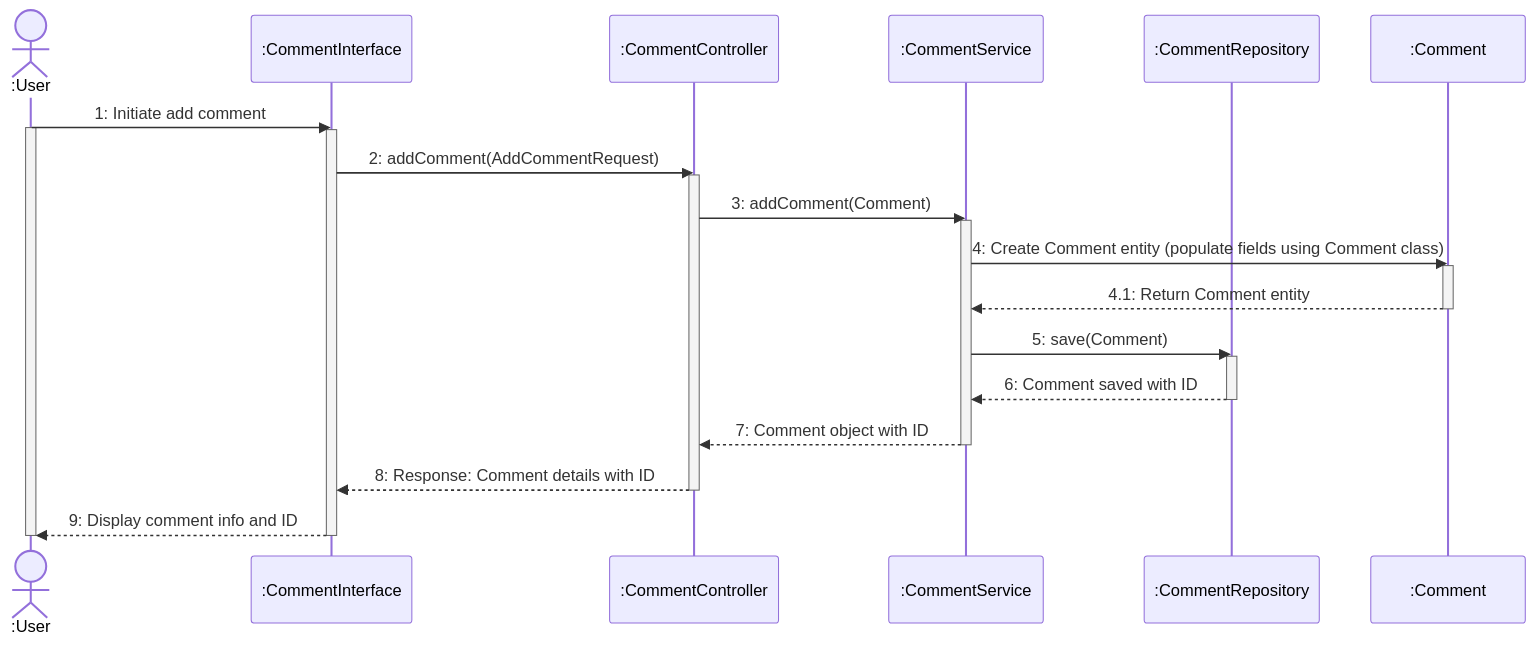
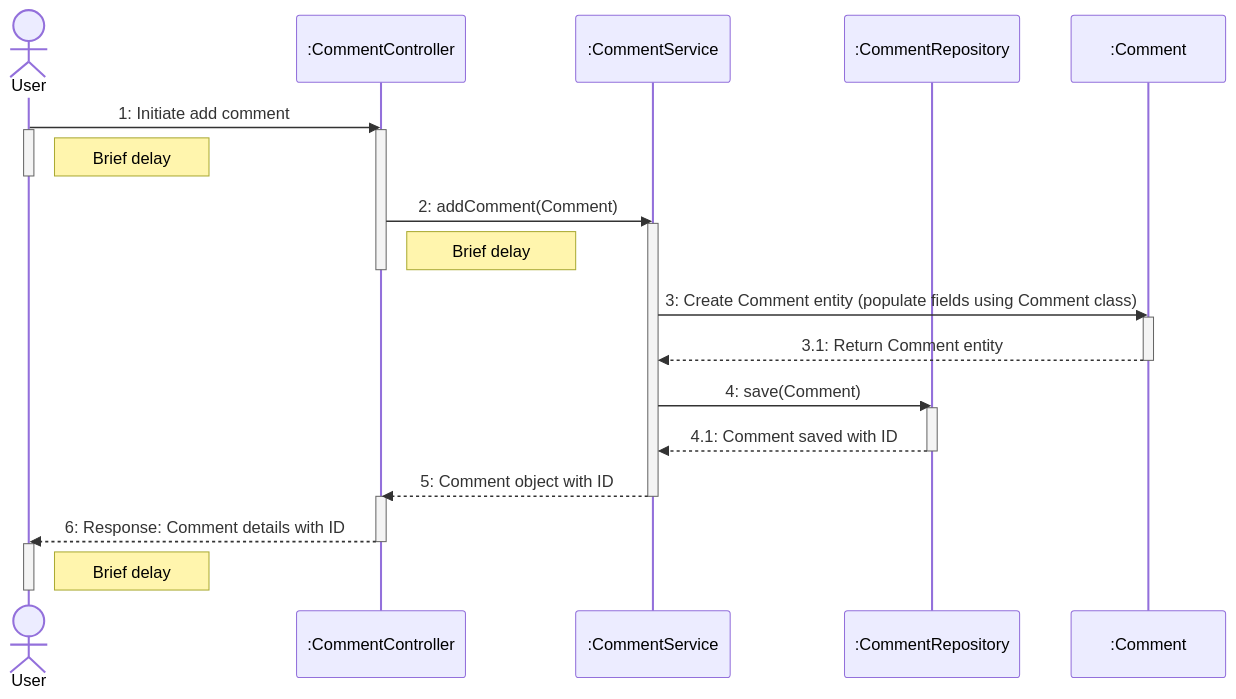
Before and after one commit to lightmon233/Memento: diagram 13 of 15 in README.md, drawn with Mermaid. The commit also changed other lines of this file, not shown here.

````diff
--- a/README.md
+++ b/README.md
@@ -590,33 +559,34 @@
 ```mermaid
 sequenceDiagram
-    actor User as :User
-    participant CommentInterface as :CommentInterface
+    actor User 
     participant CommentController as :CommentController
     participant CommentService as :CommentService
     participant CommentRepository as :CommentRepository
     participant Comment as :Comment
 
-    User->>CommentInterface: 1: Initiate add comment
+    User->>CommentController: 1: Initiate add comment
     activate User
-    activate CommentInterface
-    CommentInterface->>CommentController: 2: addComment(AddCommentRequest)
     activate CommentController
-    CommentController->>CommentService: 3: addComment(Comment)
+    Note right of User: Brief delay
+    deactivate User
+    CommentController->>CommentService: 2: addComment(Comment)
     activate CommentService
-    CommentService->>Comment: 4: Create Comment entity (populate fields using Comment class)
+    Note right of CommentController: Brief delay
+    deactivate CommentController
+    CommentService->>Comment: 3: Create Comment entity (populate fields using Comment class)
     activate Comment
-    Comment-->>CommentService: 4.1: Return Comment entity
+    Comment-->>CommentService: 3.1: Return Comment entity
     deactivate Comment
-    CommentService->>CommentRepository: 5: save(Comment)
+    CommentService->>CommentRepository: 4: save(Comment)
     activate CommentRepository
-    CommentRepository-->>CommentService: 6: Comment saved with ID
+    CommentRepository-->>CommentService: 4.1: Comment saved with ID
     deactivate CommentRepository
-    CommentService-->>CommentController: 7: Comment object with ID
+    CommentService-->>CommentController: 5: Comment object with ID
     deactivate CommentService
-    CommentController-->>CommentInterface: 8: Response: Comment details with ID
+    activate CommentController
+    CommentController-->>User: 6: Response: Comment details with ID
     deactivate CommentController
-    CommentInterface-->>User: 9: Display comment info and ID
-    deactivate CommentInterface
+    activate User
+    Note right of User: Brief delay
     deactivate User
-
 ```
````
